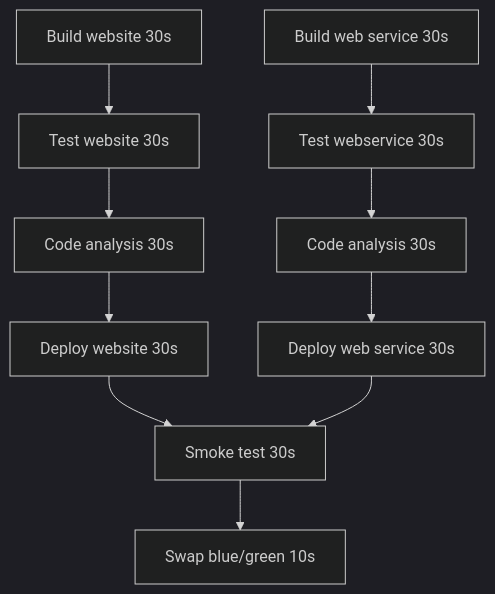
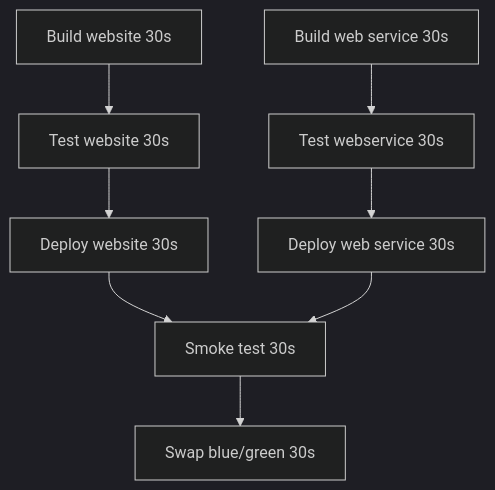
Before and after one commit to samsmithnz/ParallelPipelinesDemo: the second of 2 diagrams in README.md, drawn with Mermaid (dark theme). The commit also changed other lines of this file, not shown here.

````diff
--- a/README.md
+++ b/README.md
@@ -11,6 +11,6 @@
 ```mermaid
   graph TD;
-      buildweb[Build website 30s]-->testWebsite[Test website 30s]-->codeAnalysisWebsite[Code analysis 30s]-->deployWebsite[Deploy website 30s]-->smoke[Smoke test 30s];
-      buildwebservice[Build web service 30s]-->testsWebservice[Test webservice 30s]-->codeAnalysisWebservice[Code analysis 30s]-->deployWebService[Deploy web service 30s]-->smoke[Smoke test 30s];
-      smoke[Smoke test 30s]-->swap[Swap blue/green 10s];
+      buildweb[Build website 30s]-->testWebsite[Test website 30s]-->deployWebsite[Deploy website 30s]-->smoke[Smoke test 30s];
+      buildwebservice[Build web service 30s]-->testsWebservice[Test webservice 30s]-->deployWebService[Deploy web service 30s]-->smoke[Smoke test 30s];
+      smoke[Smoke test 30s]-->swap[Swap blue/green 30s];
 ```
````
